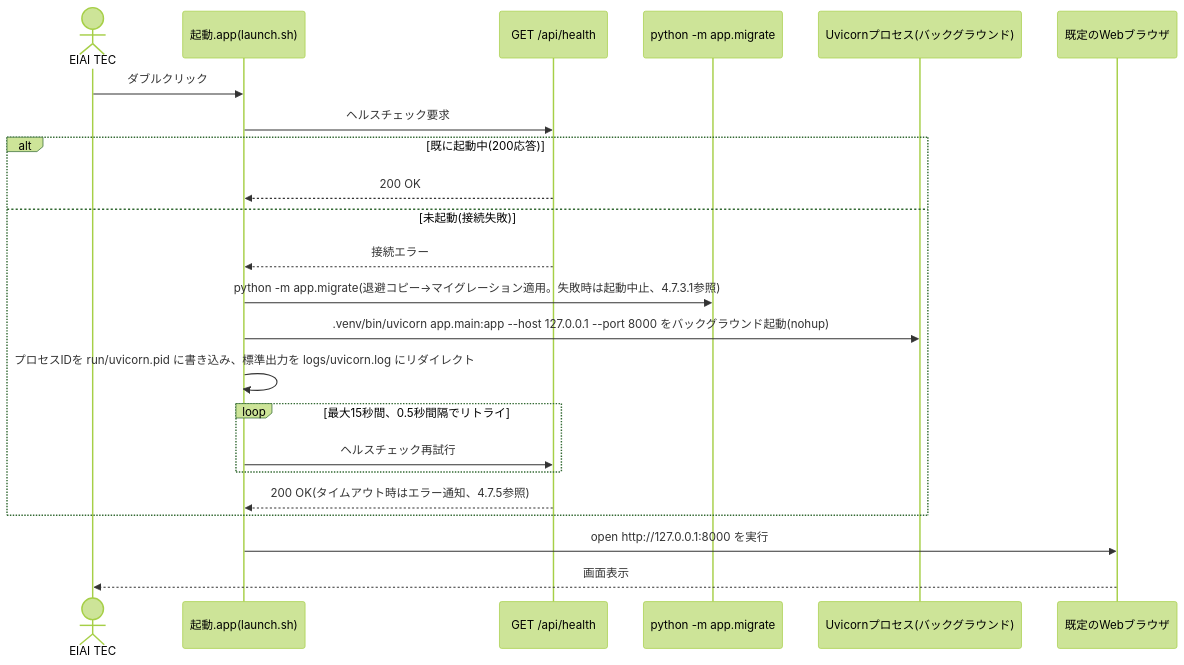
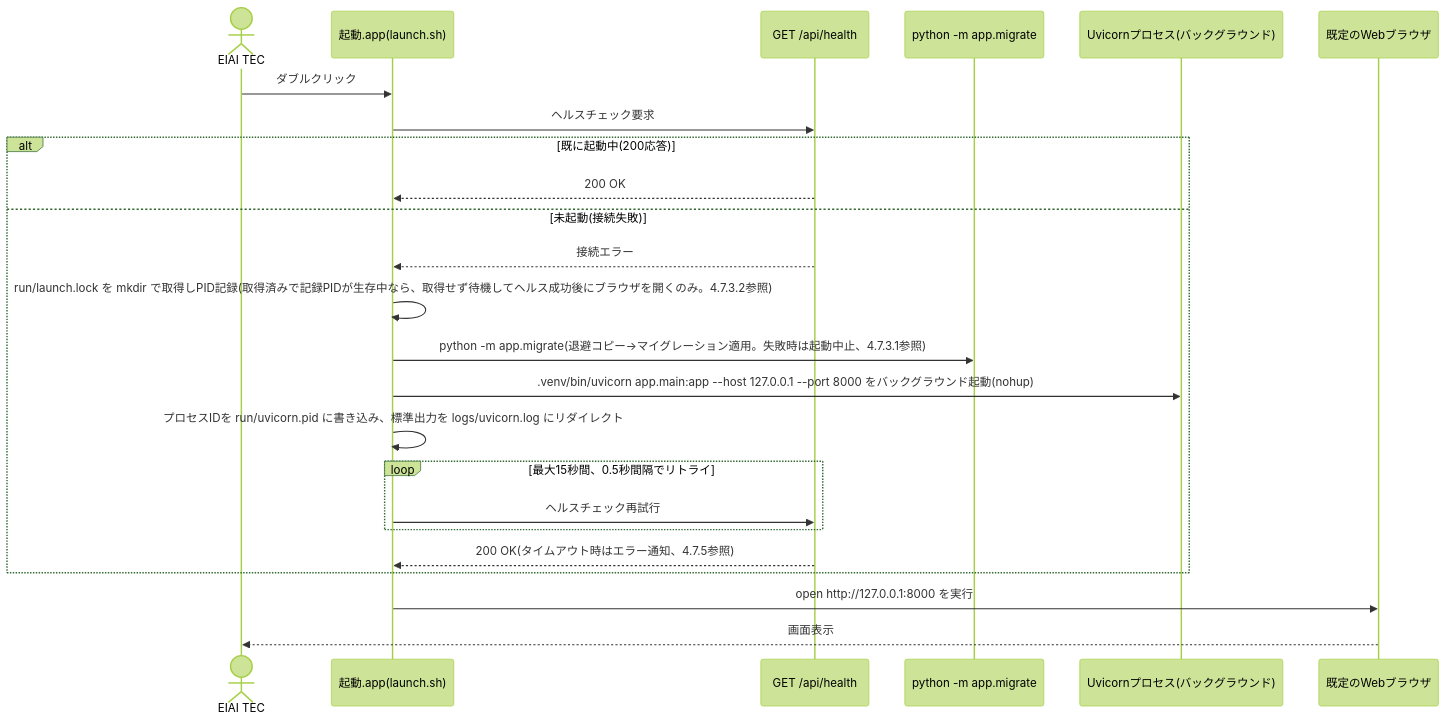
Before and after one commit to eiai00000001-cell/back-office: the second of 10 diagrams in docs/02_architect/詳細設計書.md, drawn with Mermaid (forest theme). The commit also changed other lines of this file and 6 other files, not shown here.

````diff
--- a/docs/02_architect/詳細設計書.md
+++ b/docs/02_architect/詳細設計書.md
@@ -610,26 +610,27 @@
 ```mermaid
 sequenceDiagram
     actor User as EIAI TEC
     participant App as 起動.app(launch.sh)
     participant Health as GET /api/health
     participant Migrate as python -m app.migrate
     participant Uvicorn as Uvicornプロセス(バックグラウンド)
     participant Browser as 既定のWebブラウザ
 
     User->>App: ダブルクリック
     App->>Health: ヘルスチェック要求
     alt 既に起動中(200応答)
         Health-->>App: 200 OK
     else 未起動(接続失敗)
         Health-->>App: 接続エラー
+        App->>App: run/launch.lock を mkdir で取得しPID記録(取得済みで記録PIDが生存中なら、取得せず待機してヘルス成功後にブラウザを開くのみ。4.7.3.2参照)
         App->>Migrate: python -m app.migrate(退避コピー→マイグレーション適用。失敗時は起動中止、4.7.3.1参照)
         App->>Uvicorn: .venv/bin/uvicorn app.main:app --host 127.0.0.1 --port 8000 をバックグラウンド起動(nohup)
         App->>App: プロセスIDを run/uvicorn.pid に書き込み、標準出力を logs/uvicorn.log にリダイレクト
         loop 最大15秒間、0.5秒間隔でリトライ
             App->>Health: ヘルスチェック再試行
         end
         Health-->>App: 200 OK(タイムアウト時はエラー通知、4.7.5参照)
     end
     App->>Browser: open http://127.0.0.1:8000 を実行
     Browser-->>User: 画面表示
 ```
````
